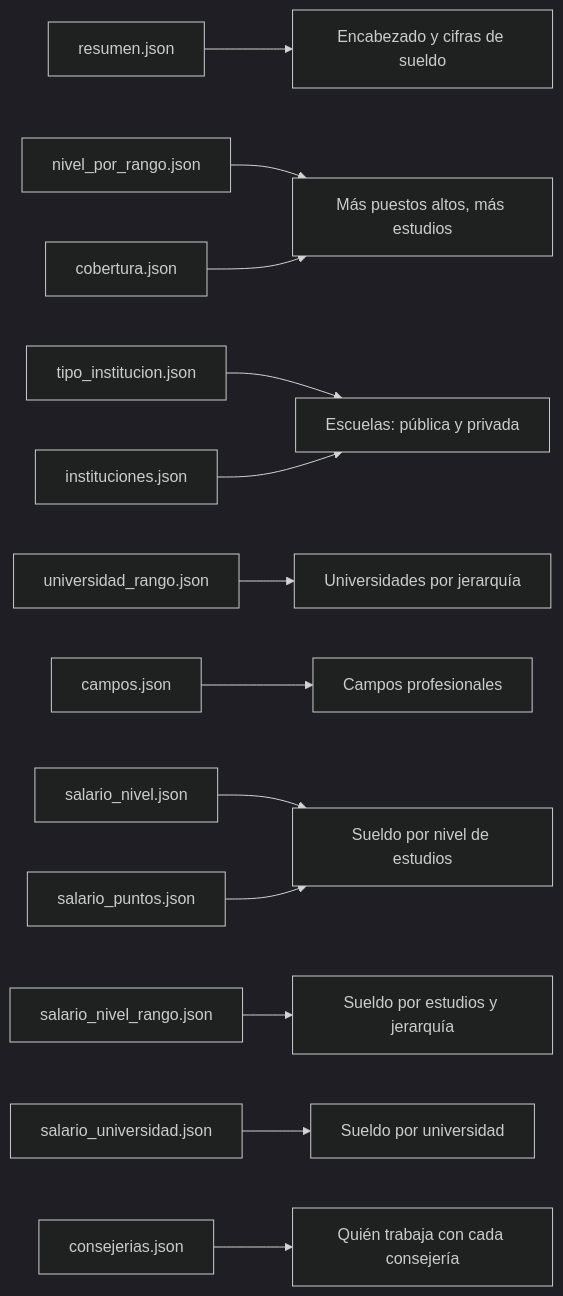
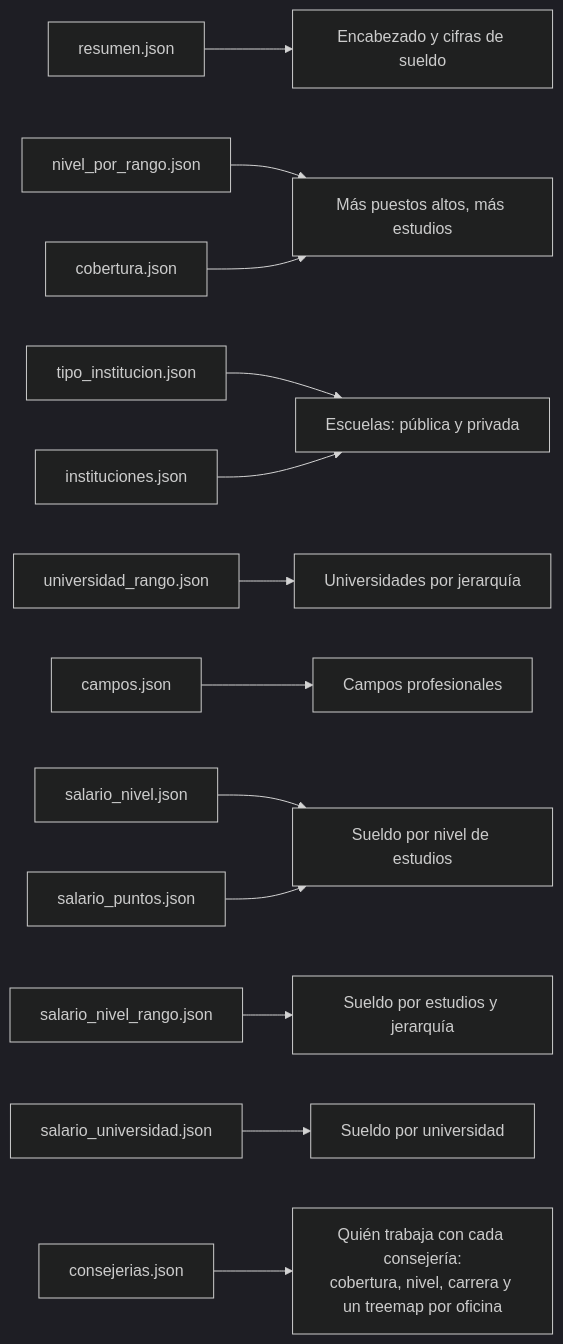
One commit to jmtoral/mandarines changed the fifth of 5 diagrams in README.md. Above: the diagram before and after it, drawn with Mermaid (dark theme). The commit also changed other lines of this file and 1 other file, not shown here.

Commit message:
Consejerías: no declaró y sin licenciatura en treemaps; nota sobre la Presidencia; README con asignación a oficinas

````diff
--- a/README.md
+++ b/README.md
@@ -141,15 +165,15 @@
 ```mermaid
 flowchart LR
     R["resumen.json"] --> S0["Encabezado y cifras de sueldo"]
     NR["nivel_por_rango.json"] --> S1["Más puestos altos, más estudios"]
     CO["cobertura.json"] --> S1
     TI["tipo_institucion.json"] --> S2["Escuelas: pública y privada"]
     IN["instituciones.json"] --> S2
     UR["universidad_rango.json"] --> S3["Universidades por jerarquía"]
     CA["campos.json"] --> S4["Campos profesionales"]
     SN["salario_nivel.json"] --> S5["Sueldo por nivel de estudios"]
     SP["salario_puntos.json"] --> S5
     SR["salario_nivel_rango.json"] --> S6["Sueldo por estudios y jerarquía"]
     SU["salario_universidad.json"] --> S7["Sueldo por universidad"]
-    CJ["consejerias.json"] --> S8["Quién trabaja con cada consejería"]
+    CJ["consejerias.json"] --> S8["Quién trabaja con cada consejería:<br/>cobertura, nivel, carrera y un treemap por oficina"]
 ```
````
